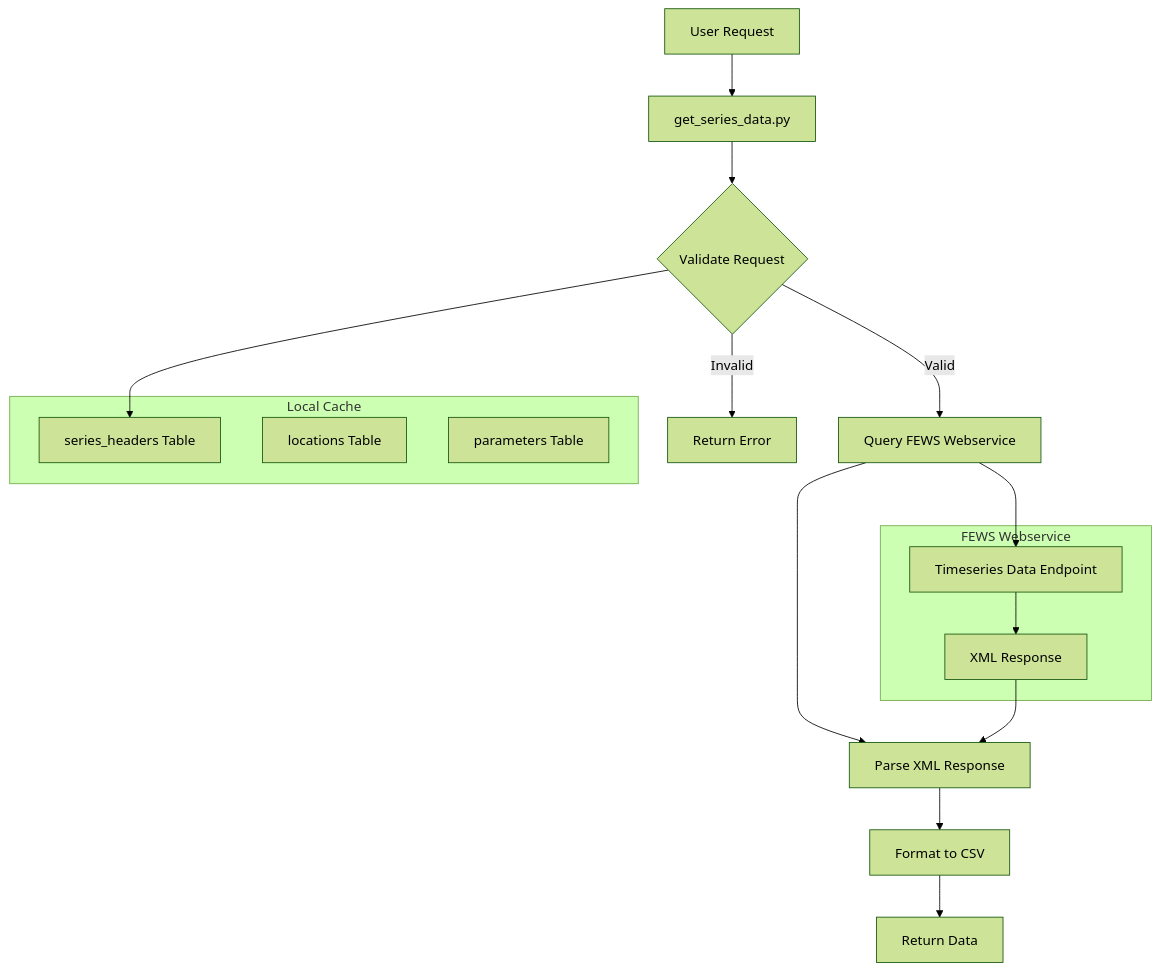
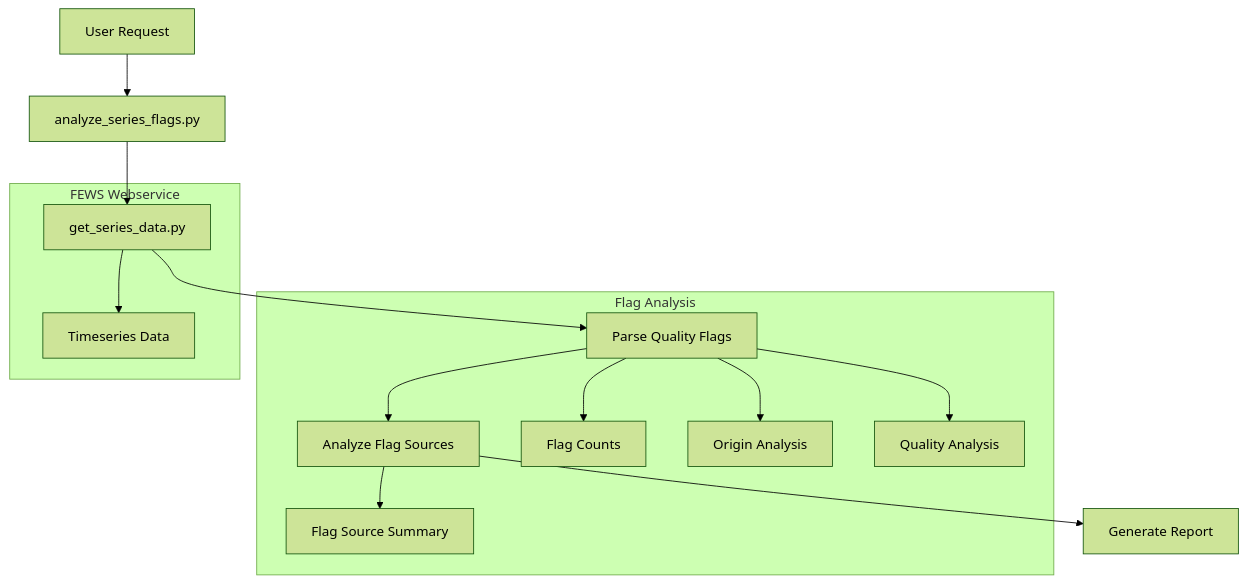
Before and after one commit to delta-agents/talk-with-fews: the diagram in PLAN.md, drawn with Mermaid (forest theme). The commit also changed other lines of this file and 1 other file, not shown here.

````diff
--- a/PLAN.md
+++ b/PLAN.md
@@ -9,26 +15,19 @@
 ```mermaid
 graph TD
-    A[User Request] --> B[get_series_data.py]
-    B --> C{Validate Request}
-    C -->|Valid| D[Query FEWS Webservice]
-    C -->|Invalid| E[Return Error]
-    D --> F[Parse XML Response]
-    F --> G[Format to CSV]
-    G --> H[Return Data]
+    A[User Request] --> B[analyze_series_flags.py]
+    B --> C[get_series_data.py]
+    C --> D[Parse Quality Flags]
+    D --> E[Analyze Flag Sources]
+    E --> F[Generate Report]
 
-    subgraph "Local Cache"
-        I[series_headers Table]
-        J[locations Table]
-        K[parameters Table]
+    subgraph "Flag Analysis"
+        D --> H[Flag Counts]
+        D --> I[Origin Analysis]
+        D --> J[Quality Analysis]
+        E --> K[Flag Source Summary]
     end
 
     subgraph "FEWS Webservice"
-        L[Timeseries Data Endpoint]
-        M[XML Response]
+        C --> M[Timeseries Data]
     end
-
-    C --> I
-    D --> L
-    L --> M
-    M --> F
 ```
````
